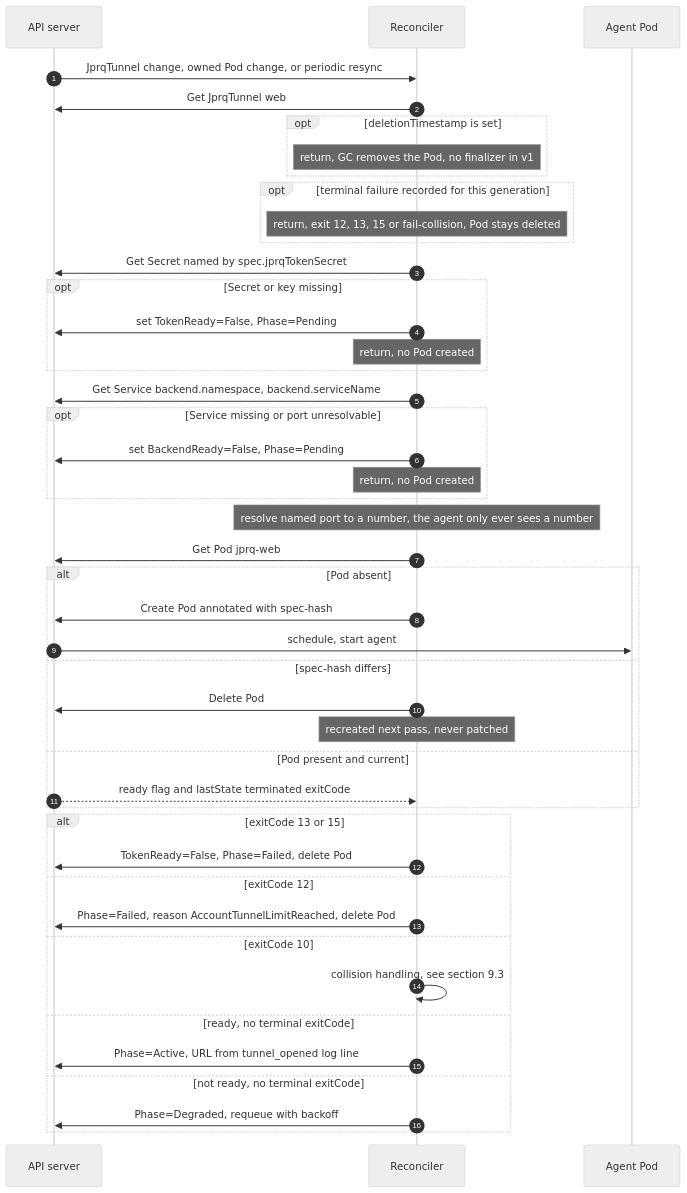
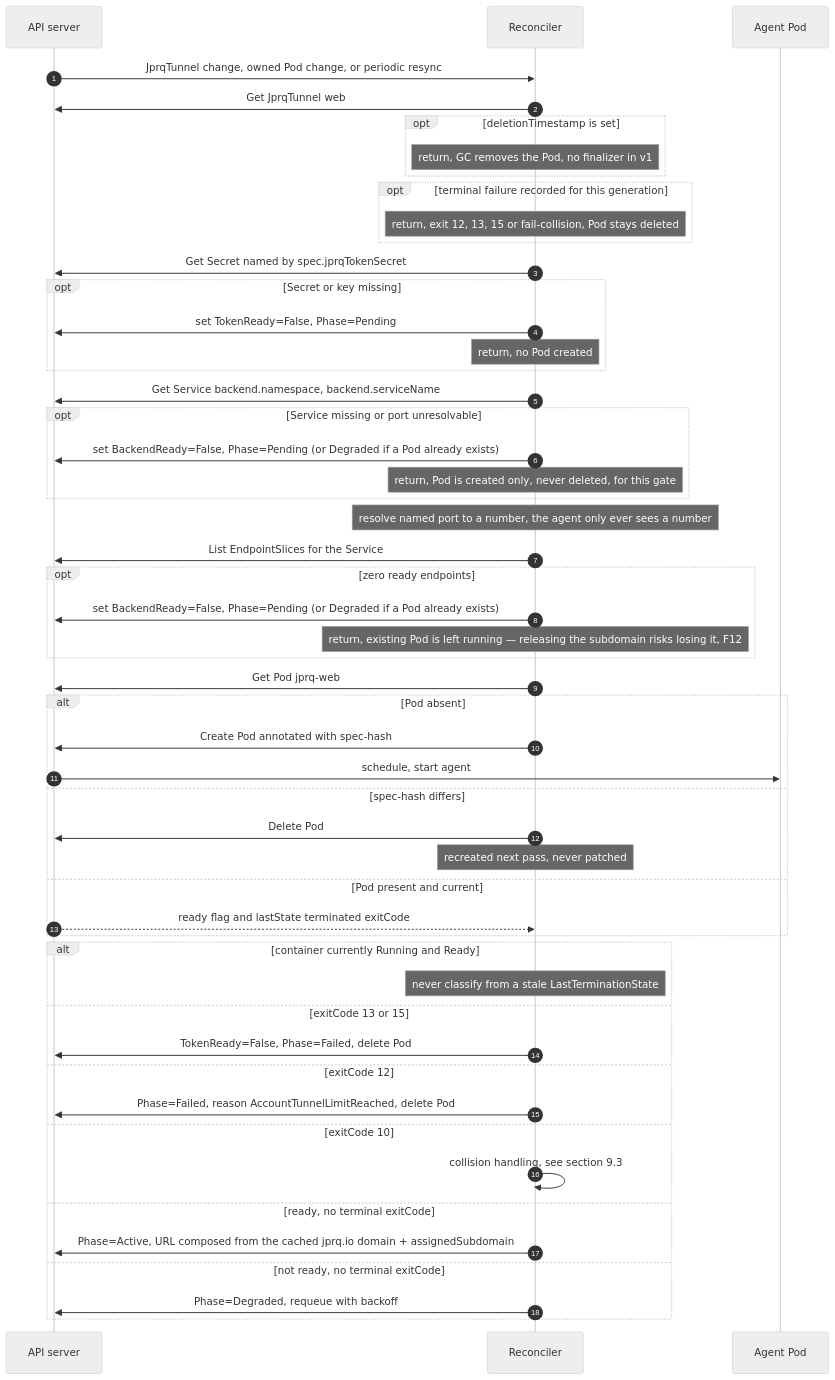
The third of 4 diagrams in docs/DESIGN.md (MuzaffarNurillaew/jprq-bek), drawn with Mermaid (neutral theme) before and after one commit. The commit also changed other lines of this file and 15 other files, not shown here.

````diff
--- a/docs/DESIGN.md
+++ b/docs/DESIGN.md
@@ -554,53 +569,61 @@
 ```mermaid
 sequenceDiagram
     autonumber
     participant K as API server
     participant R as Reconciler
     participant P as Agent Pod
 
     K->>R: JprqTunnel change, owned Pod change, or periodic resync
     R->>K: Get JprqTunnel web
 
     opt deletionTimestamp is set
         Note over R: return, GC removes the Pod, no finalizer in v1
     end
     opt terminal failure recorded for this generation
         Note over R: return, exit 12, 13, 15 or fail-collision, Pod stays deleted
     end
 
     R->>K: Get Secret named by spec.jprqTokenSecret
     opt Secret or key missing
         R->>K: set TokenReady=False, Phase=Pending
         Note over R: return, no Pod created
     end
 
     R->>K: Get Service backend.namespace, backend.serviceName
     opt Service missing or port unresolvable
-        R->>K: set BackendReady=False, Phase=Pending
-        Note over R: return, no Pod created
+        R->>K: set BackendReady=False, Phase=Pending (or Degraded if a Pod already exists)
+        Note over R: return, Pod is created only, never deleted, for this gate
     end
     Note over R: resolve named port to a number, the agent only ever sees a number
+
+    R->>K: List EndpointSlices for the Service
+    opt zero ready endpoints
+        R->>K: set BackendReady=False, Phase=Pending (or Degraded if a Pod already exists)
+        Note over R: return, existing Pod is left running — releasing the subdomain risks losing it, F12
+    end
 
     R->>K: Get Pod jprq-web
     alt Pod absent
         R->>K: Create Pod annotated with spec-hash
         K->>P: schedule, start agent
     else spec-hash differs
         R->>K: Delete Pod
         Note over R: recreated next pass, never patched
     else Pod present and current
         K-->>R: ready flag and lastState terminated exitCode
     end
 
-    alt exitCode 13 or 15
+    alt container currently Running and Ready
+        Note over R: never classify from a stale LastTerminationState
+    else exitCode 13 or 15
         R->>K: TokenReady=False, Phase=Failed, delete Pod
     else exitCode 12
         R->>K: Phase=Failed, reason AccountTunnelLimitReached, delete Pod
     else exitCode 10
         R->>R: collision handling, see section 9.3
     else ready, no terminal exitCode
-        R->>K: Phase=Active, URL from tunnel_opened log line
+        R->>K: Phase=Active, URL composed from the cached jprq.io domain + assignedSubdomain
     else not ready, no terminal exitCode
         R->>K: Phase=Degraded, requeue with backoff
     end
 ```
````
